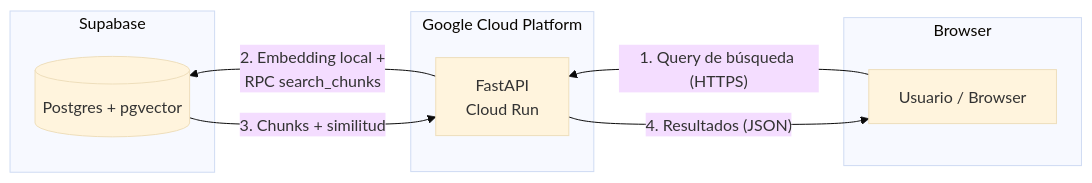
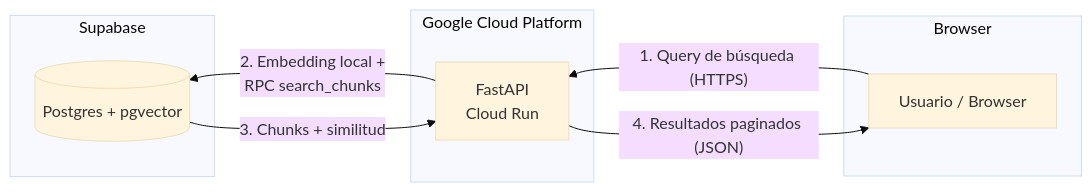
Before and after one commit to renaa-m/TallerDeIntegracion_G10: the second of 2 diagrams in README.md, drawn with Mermaid (base theme). The commit also changed other lines of this file and 8 other files, not shown here.

````diff
--- a/README.md
+++ b/README.md
@@ -236,19 +268,19 @@
 ```mermaid
 graph RL
     subgraph Browser
         U[Usuario / Browser]
     end
 
     subgraph GCP ["Google Cloud Platform"]
         API[FastAPI\nCloud Run]
     end
 
     subgraph Data_platform ["Supabase"]
         SUPA[(Postgres + pgvector)]
     end
 
     U -->|"1. Query de búsqueda (HTTPS)"| API
     API -->|"2. Embedding local +\nRPC search_chunks"| SUPA
     SUPA -->|"3. Chunks + similitud"| API
-    API -->|"4. Resultados (JSON)"| U
+    API -->|"4. Resultados paginados (JSON)"| U
 ```
````
